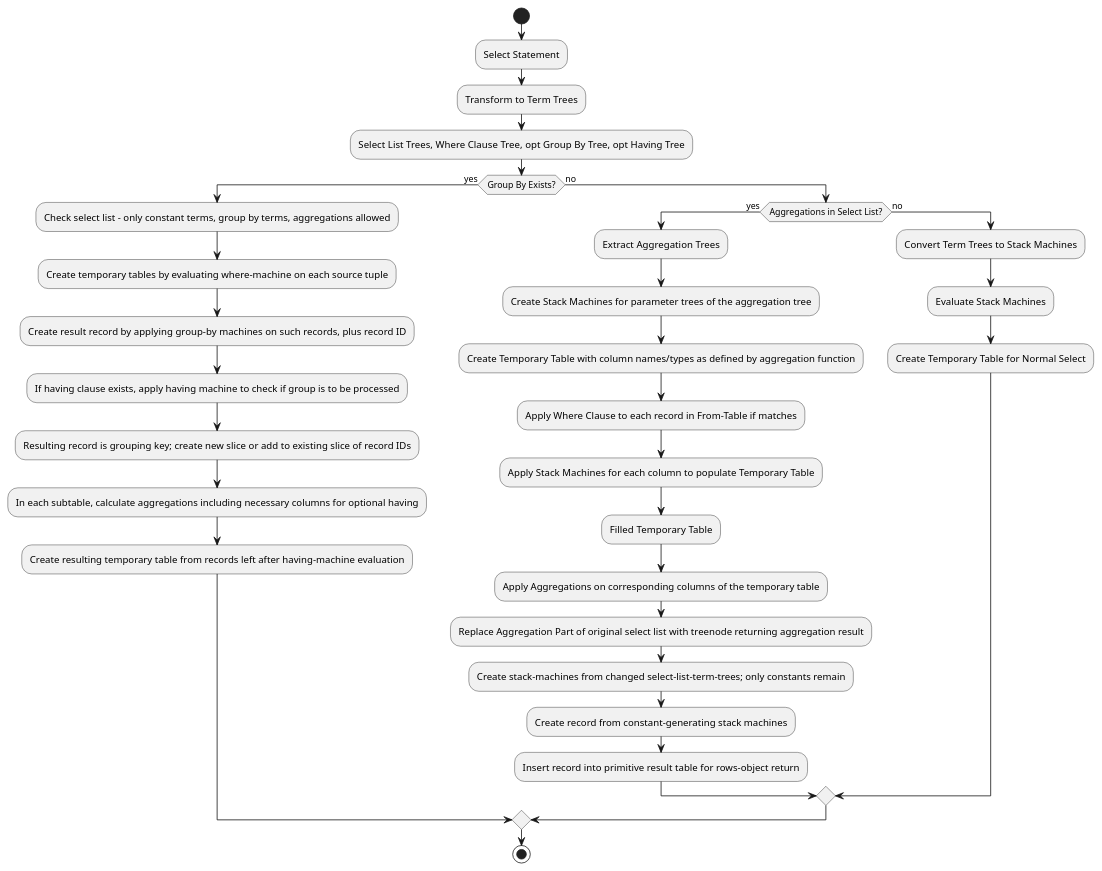
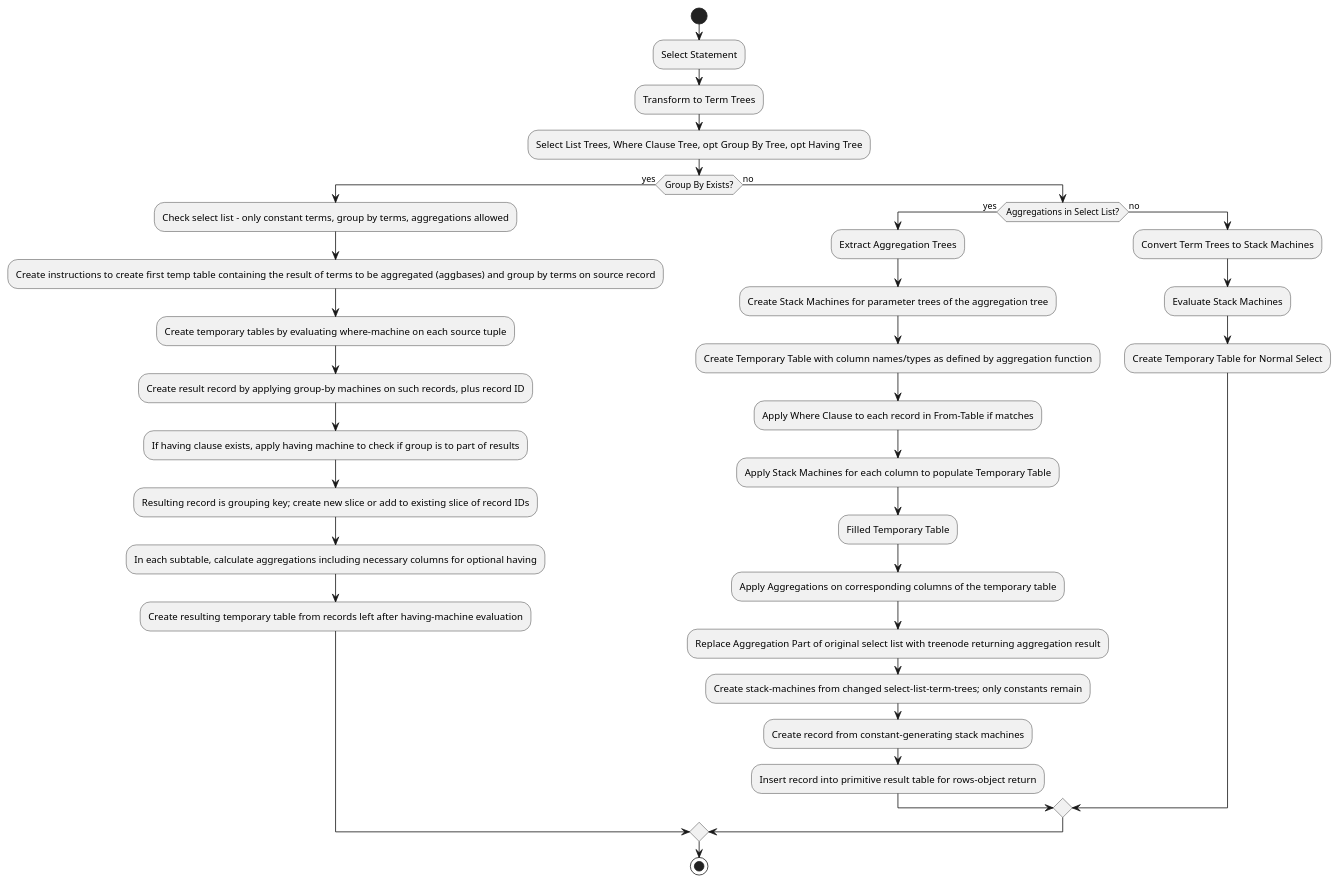
One commit to aschoerk/GoMemDb changed the diagram in docs/select-transformation.puml. Above: the diagram before and after it, drawn with PlantUML. The commit also changed 4 other files, not shown here.

```diff
--- a/docs/select-transformation.puml
+++ b/docs/select-transformation.puml
@@ -1,47 +1,48 @@
 @startuml
 
 ' Start of the Flowchart
 start
 :Select Statement;
 
 ' Transform to Term Trees
 :Transform to Term Trees;
 :Select List Trees, Where Clause Tree, opt Group By Tree, opt Having Tree;
 
 if (Group By Exists?) then (yes)
     :Check select list - only constant terms, group by terms, aggregations allowed;
+    :Create instructions to create first temp table containing the result of terms to be aggregated (aggbases) and group by terms on source record;
     :Create temporary tables by evaluating where-machine on each source tuple;
     :Create result record by applying group-by machines on such records, plus record ID;
-    :If having clause exists, apply having machine to check if group is to be processed;
+    :If having clause exists, apply having machine to check if group is to part of results;
     :Resulting record is grouping key; create new slice or add to existing slice of record IDs;
     :In each subtable, calculate aggregations including necessary columns for optional having;
     :Create resulting temporary table from records left after having-machine evaluation;
 else (no)
     ' Handling Aggregations
     if (Aggregations in Select List?) then (yes)
         :Extract Aggregation Trees;
         :Create Stack Machines for parameter trees of the aggregation tree;
         :Create Temporary Table with column names/types as defined by aggregation function;
         :Apply Where Clause to each record in From-Table if matches;
         :Apply Stack Machines for each column to populate Temporary Table;
 
         ' Condense Temporary Table
         :Filled Temporary Table;
         :Apply Aggregations on corresponding columns of the temporary table;
         :Replace Aggregation Part of original select list with treenode returning aggregation result;
         :Create stack-machines from changed select-list-term-trees; only constants remain;
         :Create record from constant-generating stack machines;
         :Insert record into primitive result table for rows-object return;
     else (no)
         ' Normal Select List Processing
         :Convert Term Trees to Stack Machines;
         :Evaluate Stack Machines;
 
         ' Create Resulting Temporary Table
         :Create Temporary Table for Normal Select;
     endif
 endif
 
 stop
 
 @enduml
```
